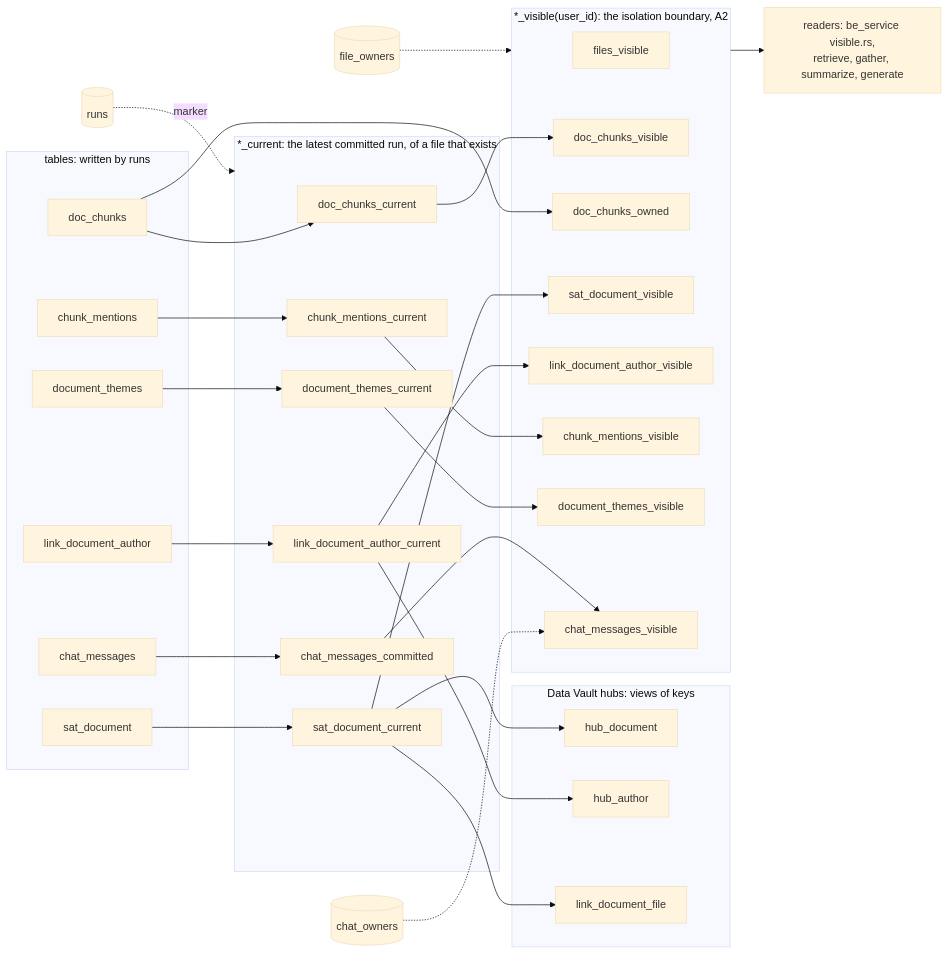
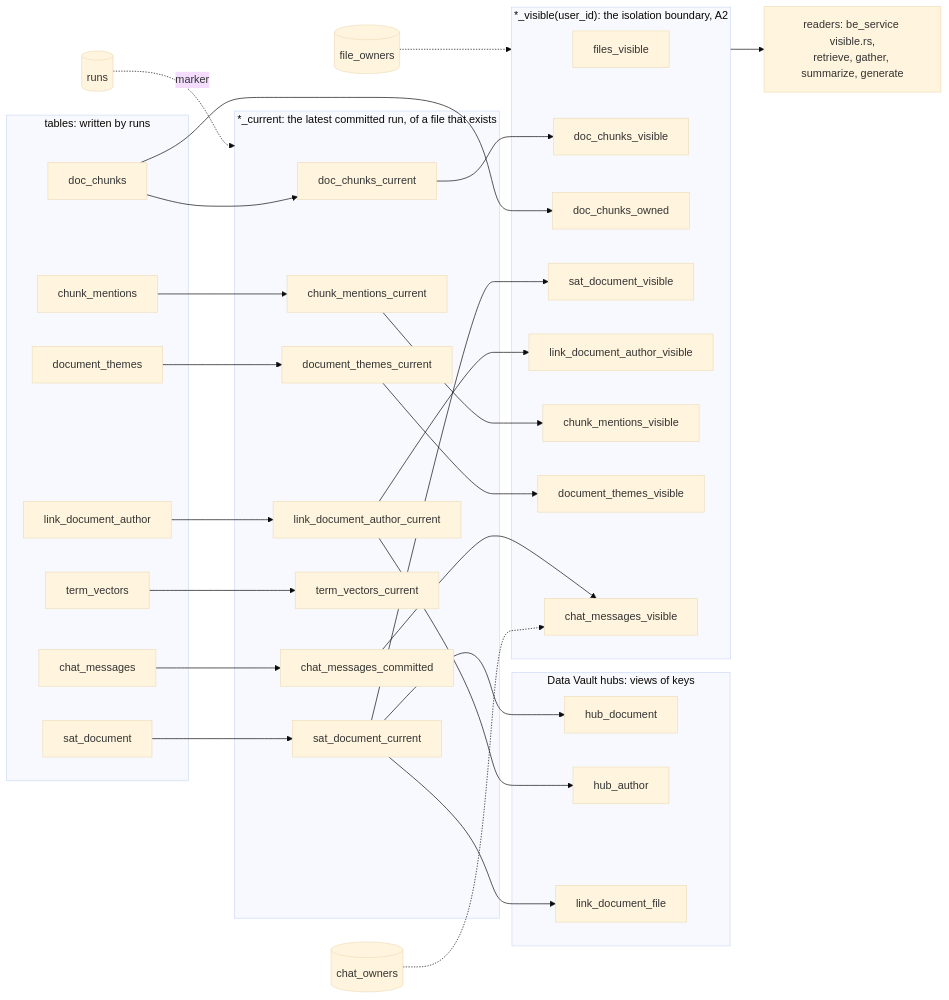
One commit to Rune28/ml-golden-stack-public changed the third of 3 diagrams in docs/data-model.md. Above: the diagram before and after it, drawn with Mermaid (base theme). The commit also changed other lines of this file and 16 other files, not shown here.

````diff
--- a/docs/data-model.md
+++ b/docs/data-model.md
@@ -149,50 +158,53 @@
 ```mermaid
 flowchart LR
     subgraph T["tables: written by runs"]
         dc[doc_chunks]
         sd[sat_document]
         la[link_document_author]
         cm[chunk_mentions]
+        tv[term_vectors]
         dt[document_themes]
         msg[chat_messages]
     end
     subgraph C["*_current: the latest committed run, of a file that exists"]
         dcc[doc_chunks_current]
         sdc[sat_document_current]
         lac[link_document_author_current]
         cmc[chunk_mentions_current]
+        tvc[term_vectors_current]
         dtc[document_themes_current]
         mc[chat_messages_committed]
     end
     subgraph H["Data Vault hubs: views of keys"]
         hd[hub_document]
         ha[hub_author]
         ldf[link_document_file]
     end
     subgraph V["*_visible(user_id): the isolation boundary, A2"]
         fv[files_visible]
         dcv[doc_chunks_visible]
         dco[doc_chunks_owned]
         sdv[sat_document_visible]
         lav[link_document_author_visible]
         cmv[chunk_mentions_visible]
         dtv[document_themes_visible]
         mv[chat_messages_visible]
     end
     runs[(runs)] -.marker.-> C
     fo[(file_owners)] -.-> V
     co[(chat_owners)] -.-> mv
 
     dc --> dcc --> dcv
     dc --> dco
     sd --> sdc --> sdv
     sdc --> hd
     sdc --> ldf
     la --> lac --> lav
     lac --> ha
     cm --> cmc --> cmv
+    tv --> tvc
     dt --> dtc --> dtv
     msg --> mc --> mv
 
     V --> R["readers: be_service visible.rs,<br/>retrieve, gather, summarize, generate"]
 ```
````
